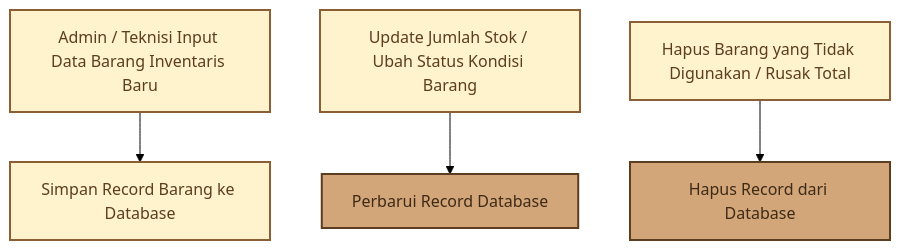
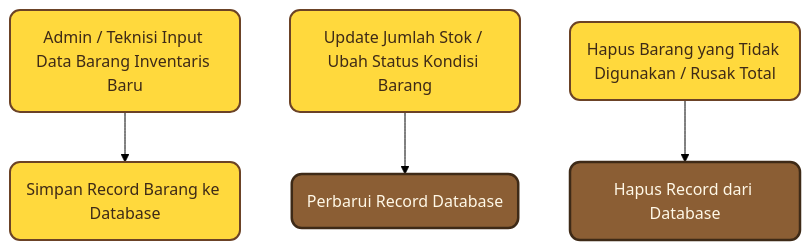
The tenth of 13 diagrams in docs/DOKUMENTASI_MODULE_SISTEM.md (nazwasalsabila181718-droid/manajemen_perawatan), drawn with Mermaid (forest theme) before and after one commit. The commit also changed other lines of this file, not shown here.

Commit message:
style: modernisasi diagram mermaid dengan tema kuning cerah rounded

````diff
--- a/docs/DOKUMENTASI_MODULE_SISTEM.md
+++ b/docs/DOKUMENTASI_MODULE_SISTEM.md
@@ -272,12 +286,12 @@
 ```mermaid
 flowchart TD
-    classDef default fill:#FFF3CD,stroke:#8B5E34,stroke-width:2px,color:#5C3D1F;
-    classDef highlight fill:#D2A679,stroke:#5C3D1F,stroke-width:2px,color:#3E2A17;
+    A(Admin / Teknisi Input Data Barang Inventaris Baru) --> B(Simpan Record Barang ke Database)
+    C(Update Jumlah Stok / Ubah Status Kondisi Barang) --> D(Perbarui Record Database)
+    E(Hapus Barang yang Tidak Digunakan / Rusak Total) --> F(Hapus Record dari Database)
 
-    A[Admin / Teknisi Input Data Barang Inventaris Baru] --> B[Simpan Record Barang ke Database]
-    C[Update Jumlah Stok / Ubah Status Kondisi Barang] --> D[Perbarui Record Database]
-    E[Hapus Barang yang Tidak Digunakan / Rusak Total] --> F[Hapus Record dari Database]
+    classDef default fill:#FFD93D,stroke:#6B4226,stroke-width:2px,color:#3E2A17,rx:10,ry:10;
+    classDef highlight fill:#8B5E34,stroke:#3E2A17,stroke-width:2.5px,color:#FFF8E7,rx:10,ry:10;
 
     class A,B,C,E default;
     class D,F highlight;
 ```
````
